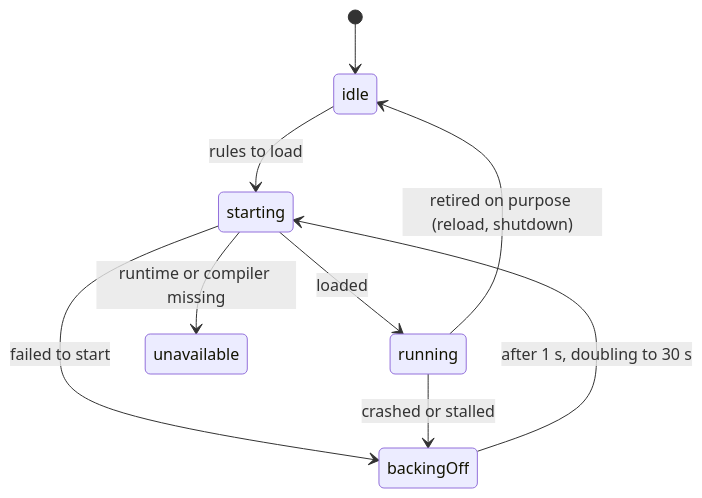
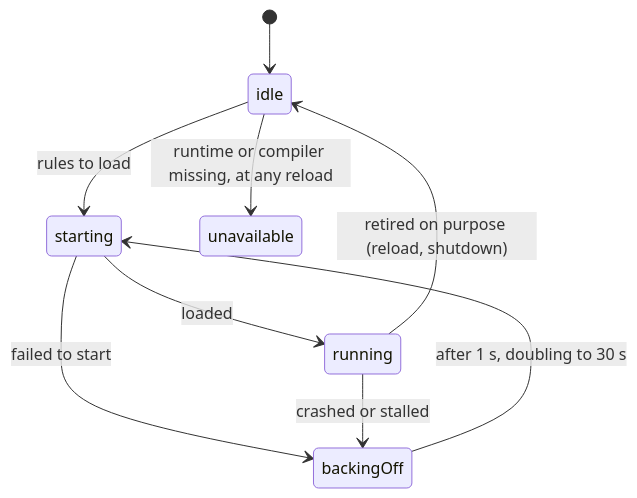
The second of 7 diagrams in docs/design/meerkatd.md (gkze/meerkat), drawn with Mermaid before and after one commit. The commit also changed other lines of this file and 217 other files, not shown here.

````diff
--- a/docs/design/meerkatd.md
+++ b/docs/design/meerkatd.md
@@ -701,11 +730,11 @@
 ```mermaid
 stateDiagram-v2
     [*] --> idle
     idle --> starting: rules to load
+    idle --> unavailable: runtime or compiler missing, at any reload
     starting --> running: loaded
-    starting --> unavailable: runtime or compiler missing
     starting --> backingOff: failed to start
     running --> idle: retired on purpose (reload, shutdown)
     running --> backingOff: crashed or stalled
     backingOff --> starting: after 1 s, doubling to 30 s
 ```
````
